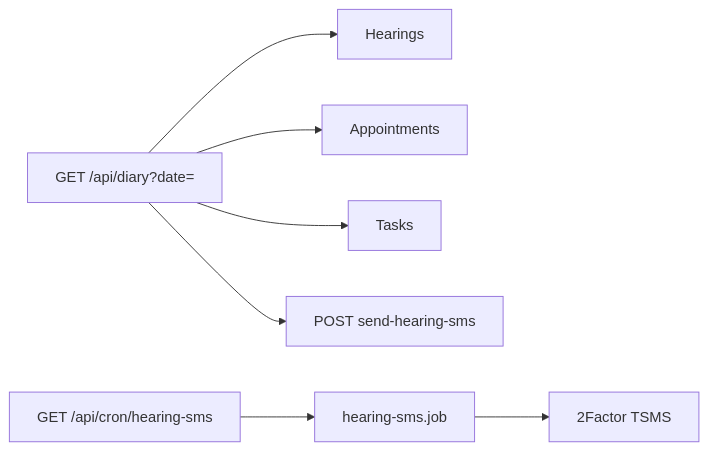
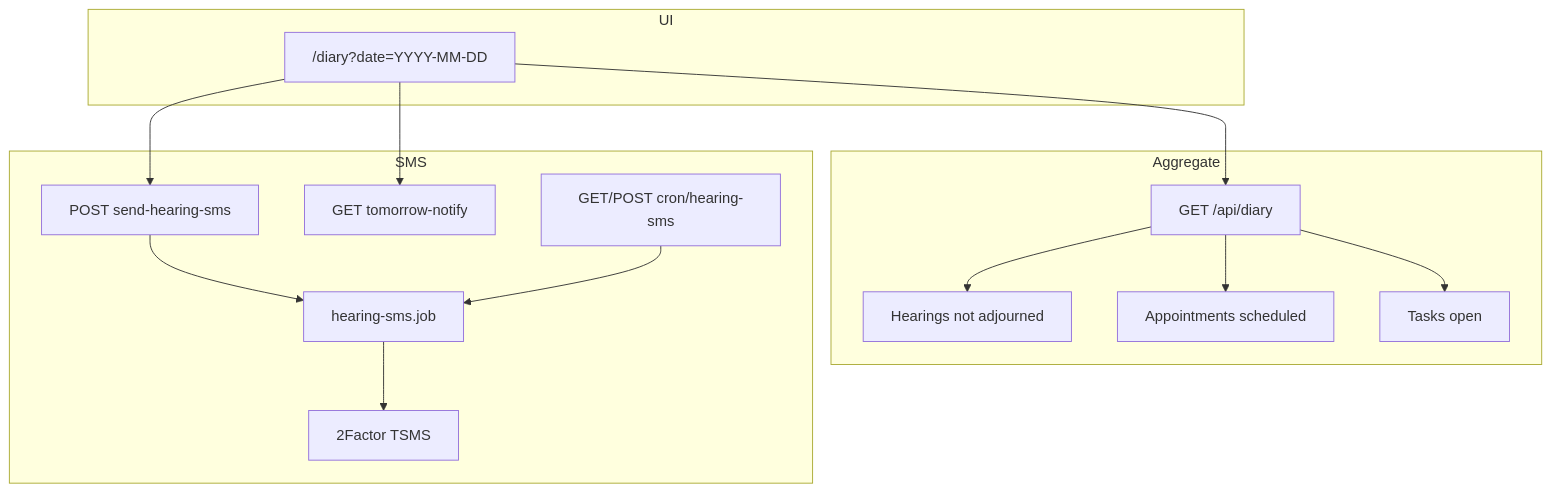
One commit to psmpasupathi009/mlf changed the first of 2 diagrams in docs/mlf flows/day_board_flow.md. Above: the diagram before and after it, drawn with Mermaid. The commit also changed other lines of this file and 52 other files, not shown here.

````diff
--- a/docs/mlf flows/day_board_flow.md
+++ b/docs/mlf flows/day_board_flow.md
@@ -12,9 +7,28 @@
 ```mermaid
-flowchart LR
-  diary["GET /api/diary?date="] --> hrg["Hearings"]
-  diary --> apt["Appointments"]
-  diary --> tsk["Tasks"]
-  diary --> sms["POST send-hearing-sms"]
-  cron["GET /api/cron/hearing-sms"] --> job["hearing-sms.job"]
-  job --> tf["2Factor TSMS"]
+flowchart TD
+  subgraph ui [UI]
+    page["/diary?date=YYYY-MM-DD"]
+  end
+
+  subgraph agg [Aggregate]
+    diary["GET /api/diary"]
+    hrg["Hearings not adjourned"]
+    apt["Appointments scheduled"]
+    tsk["Tasks open"]
+  end
+
+  subgraph sms [SMS]
+    manual["POST send-hearing-sms"]
+    pending["GET tomorrow-notify"]
+    cron["GET/POST cron/hearing-sms"]
+    job["hearing-sms.job"]
+    tf["2Factor TSMS"]
+  end
+
+  page --> diary --> hrg
+  diary --> apt
+  diary --> tsk
+  page --> manual --> job --> tf
+  page --> pending
+  cron --> job
 ```
````
